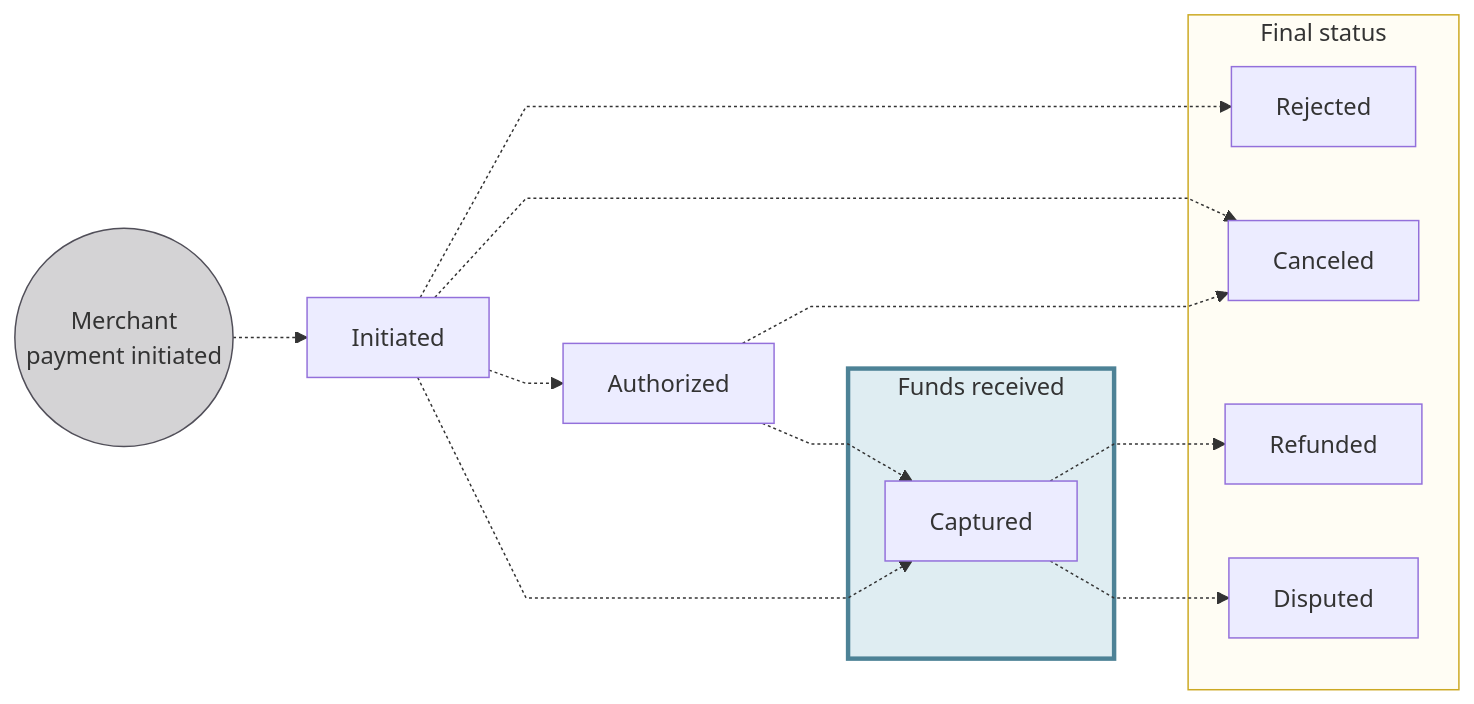
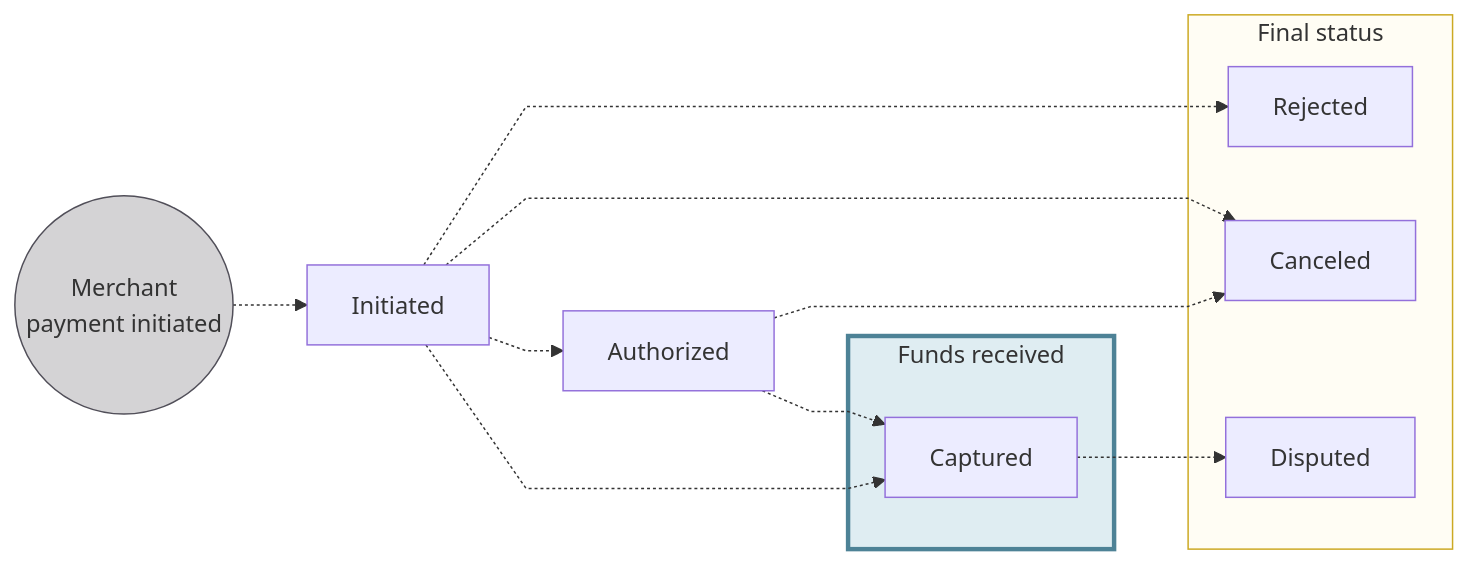
Before and after one commit to swan-io/docs: the third of 3 diagrams in docs/payments/concepts/merchants/statuses.mdx, drawn with Mermaid. The commit also changed other lines of this file and 11 other files, not shown here.

First line of the commit message:
Payments: apply the answers found in the schema, Linear and the live docs

````diff
--- a/docs/payments/concepts/merchants/statuses.mdx
+++ b/docs/payments/concepts/merchants/statuses.mdx
@@ -127,30 +127,28 @@
 ```mermaid
 %%{ init: { 'flowchart': { 'curve': 'linear' } } }%%
 flowchart LR
     MPI((Merchant<br/>payment initiated)) -.-> I[Initiated]
 
     I -.-> A[Authorized]
     A -.-> CP[Captured]
     I -.-> CP[Captured]
     I -.-> RJ[Rejected]
     I -.-> CN[Canceled]
     A -.-> CN[Canceled]
-    CP -.-> RF[Refunded]
     CP -.-> D[Disputed]
 
     subgraph FR[Funds received]
         CP
     end
 
     subgraph F[Final status]
         RJ
         CN
-        RF
         D
     end
 
     style MPI fill:#D4D3D5,stroke:#514F59
     style F fill:#fffdf4,stroke:#cca922
     style FR fill:#dfedf2,stroke:#4d8296, stroke-width:3px
 
 ```
````
